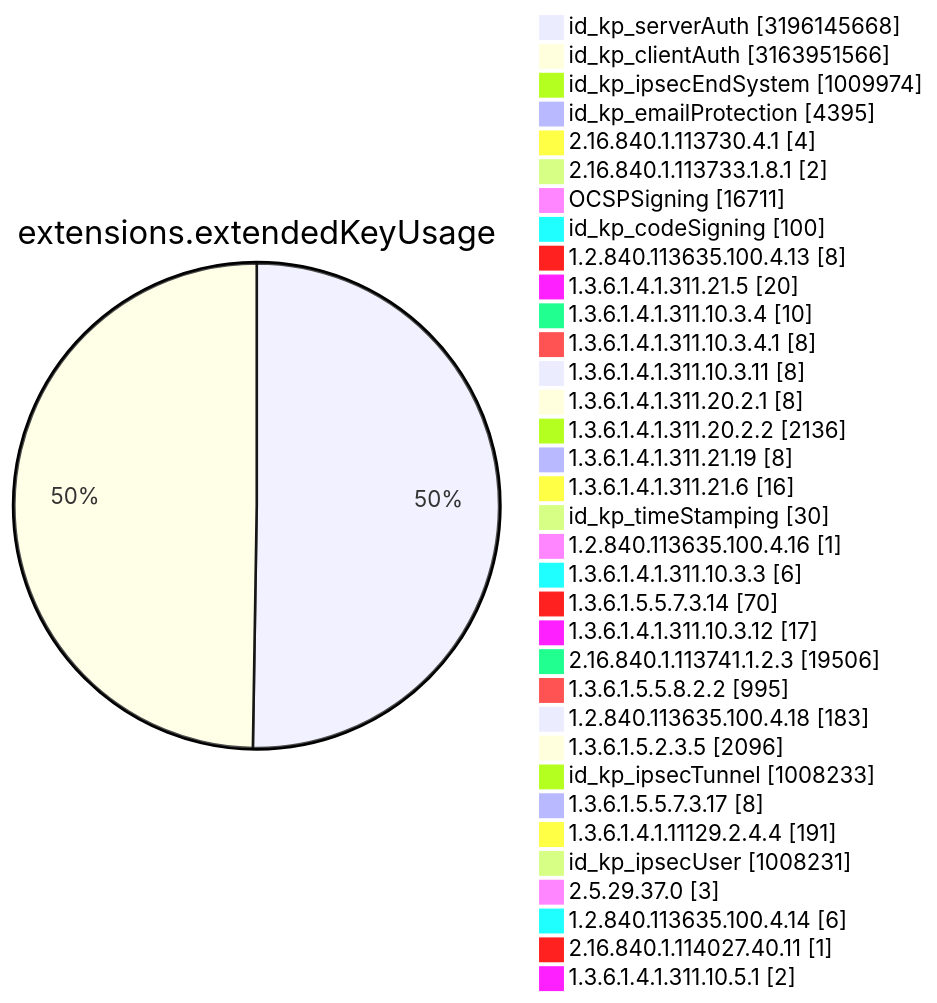
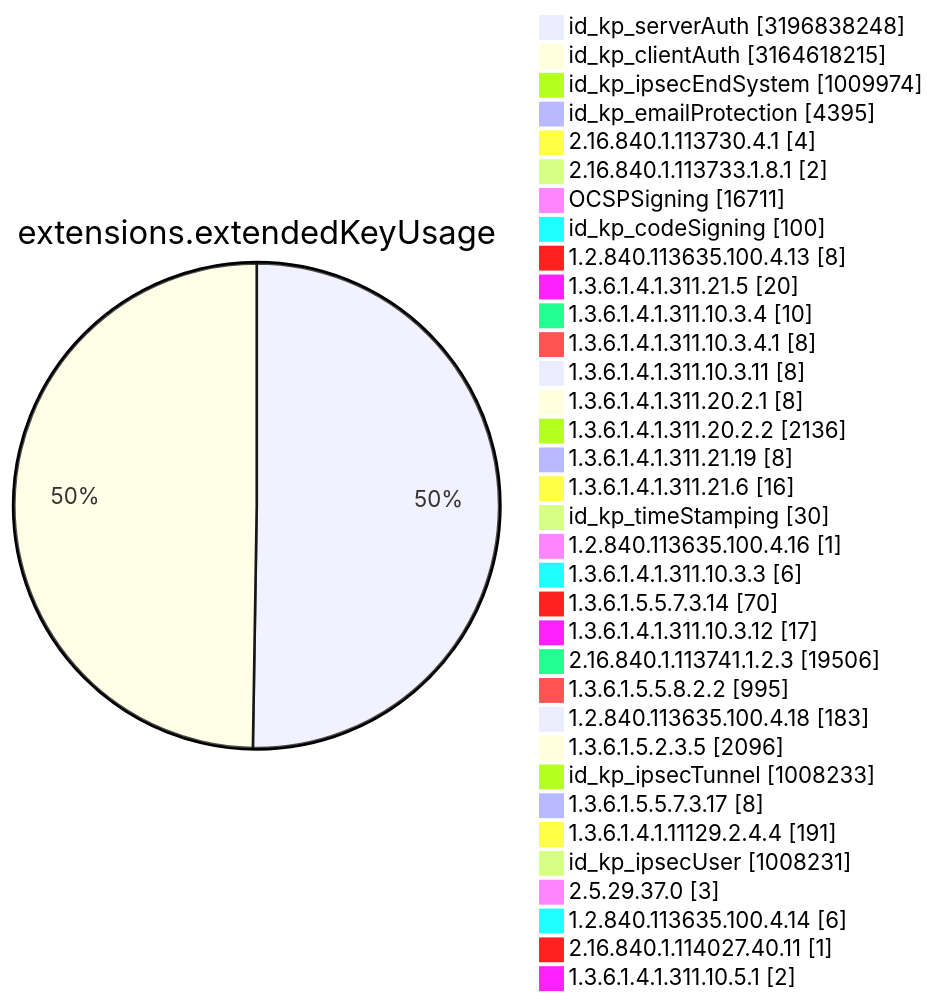
Diagram 11 of 15 in TOTAL/README.md (christiankrug/ctmonitor_visualization), drawn with Mermaid before and after one commit. The commit also changed other lines of this file, not shown here.

````diff
--- a/TOTAL/README.md
+++ b/TOTAL/README.md
@@ -4119,38 +4119,38 @@
 ```mermaid
 pie showData
 title extensions.extendedKeyUsage
-"id_kp_serverAuth" :3196145668
-"id_kp_clientAuth" :3163951566
+"id_kp_serverAuth" :3196838248
+"id_kp_clientAuth" :3164618215
 "id_kp_ipsecEndSystem" :1009974
 "id_kp_emailProtection" :4395
 "2.16.840.1.113730.4.1" :4
 "2.16.840.1.113733.1.8.1" :2
 "OCSPSigning" :16711
 "id_kp_codeSigning" :100
 "1.2.840.113635.100.4.13" :8
 "1.3.6.1.4.1.311.21.5" :20
 "1.3.6.1.4.1.311.10.3.4" :10
 "1.3.6.1.4.1.311.10.3.4.1" :8
 "1.3.6.1.4.1.311.10.3.11" :8
 "1.3.6.1.4.1.311.20.2.1" :8
 "1.3.6.1.4.1.311.20.2.2" :2136
 "1.3.6.1.4.1.311.21.19" :8
 "1.3.6.1.4.1.311.21.6" :16
 "id_kp_timeStamping" :30
 "1.2.840.113635.100.4.16" :1
 "1.3.6.1.4.1.311.10.3.3" :6
 "1.3.6.1.5.5.7.3.14" :70
 "1.3.6.1.4.1.311.10.3.12" :17
 "2.16.840.1.113741.1.2.3" :19506
 "1.3.6.1.5.5.8.2.2" :995
 "1.2.840.113635.100.4.18" :183
 "1.3.6.1.5.2.3.5" :2096
 "id_kp_ipsecTunnel" :1008233
 "1.3.6.1.5.5.7.3.17" :8
 "1.3.6.1.4.1.11129.2.4.4" :191
 "id_kp_ipsecUser" :1008231
 "2.5.29.37.0" :3
 "1.2.840.113635.100.4.14" :6
 "2.16.840.1.114027.40.11" :1
 "1.3.6.1.4.1.311.10.5.1" :2
 ```
````
